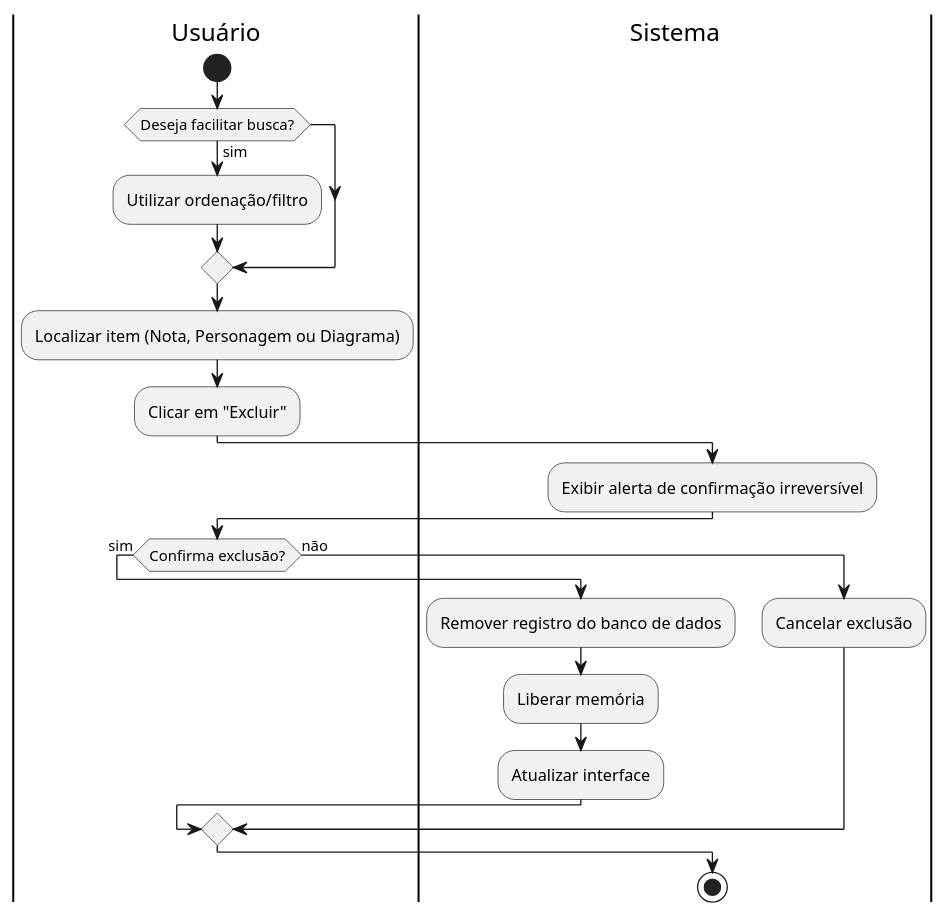
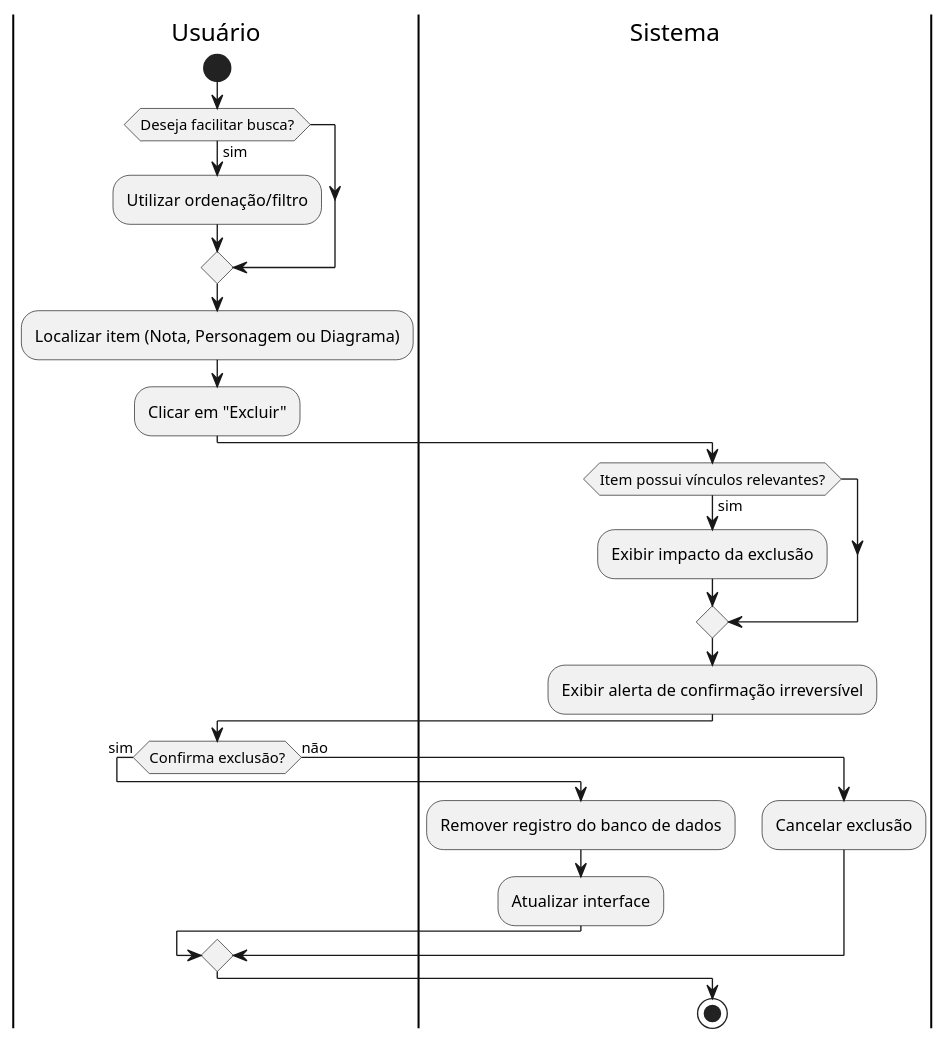
The diagram in docs/casosUso/uml/diagramas_atividade/diagrama_atividade_UC09.puml (aspiringluke/Projeto-Integrado-Mobile), drawn with PlantUML before and after one commit. The commit also changed 17 other files, not shown here.

```diff
--- a/docs/casosUso/uml/diagramas_atividade/diagrama_atividade_UC09.puml
+++ b/docs/casosUso/uml/diagramas_atividade/diagrama_atividade_UC09.puml
@@ -1,26 +1,28 @@
 @startuml diagrama_UC09
 
 |Usuário|
 start
 if (Deseja facilitar busca?) then (sim)
   :Utilizar ordenação/filtro;
 endif
 :Localizar item (Nota, Personagem ou Diagrama);
 :Clicar em "Excluir";
 
 |Sistema|
+if (Item possui vínculos relevantes?) then (sim)
+  :Exibir impacto da exclusão;
+endif
 :Exibir alerta de confirmação irreversível;
 
 |Usuário|
 if (Confirma exclusão?) then (sim)
   |Sistema|
   :Remover registro do banco de dados;
-  :Liberar memória;
   :Atualizar interface;
 else (não)
   |Sistema|
   :Cancelar exclusão;
 endif
 
 stop
 @enduml
```
